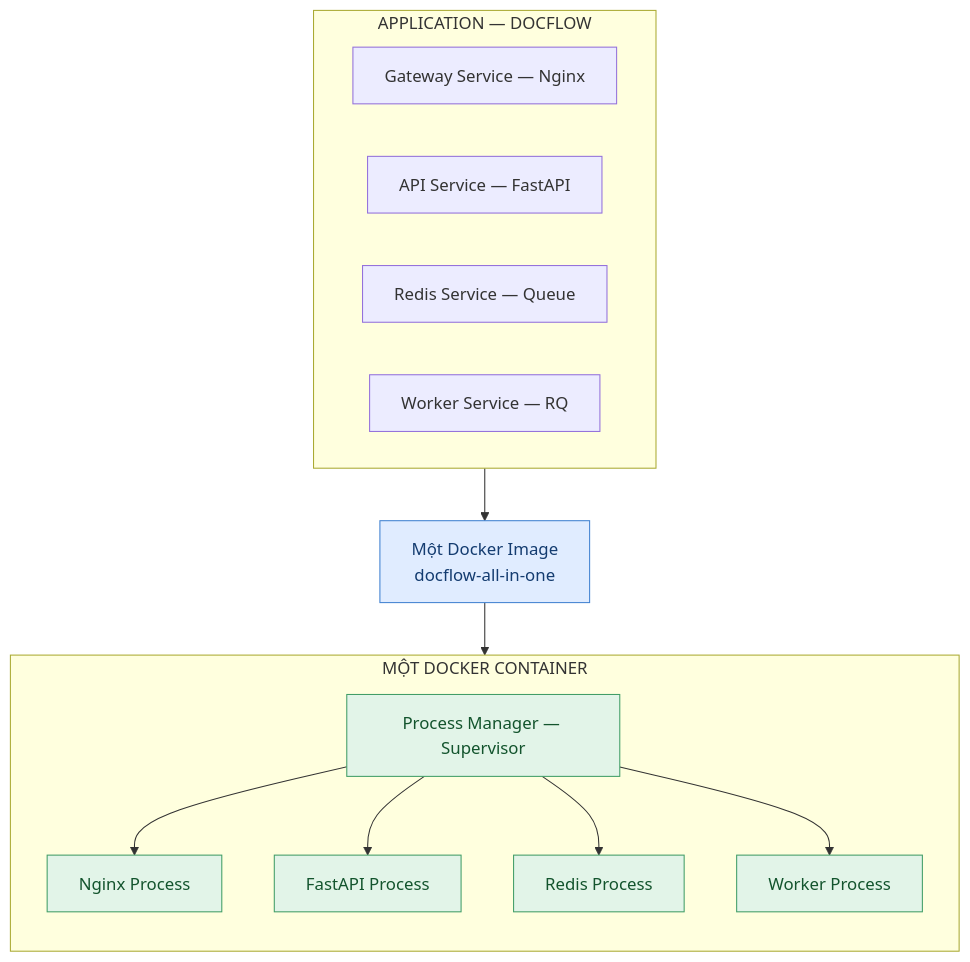
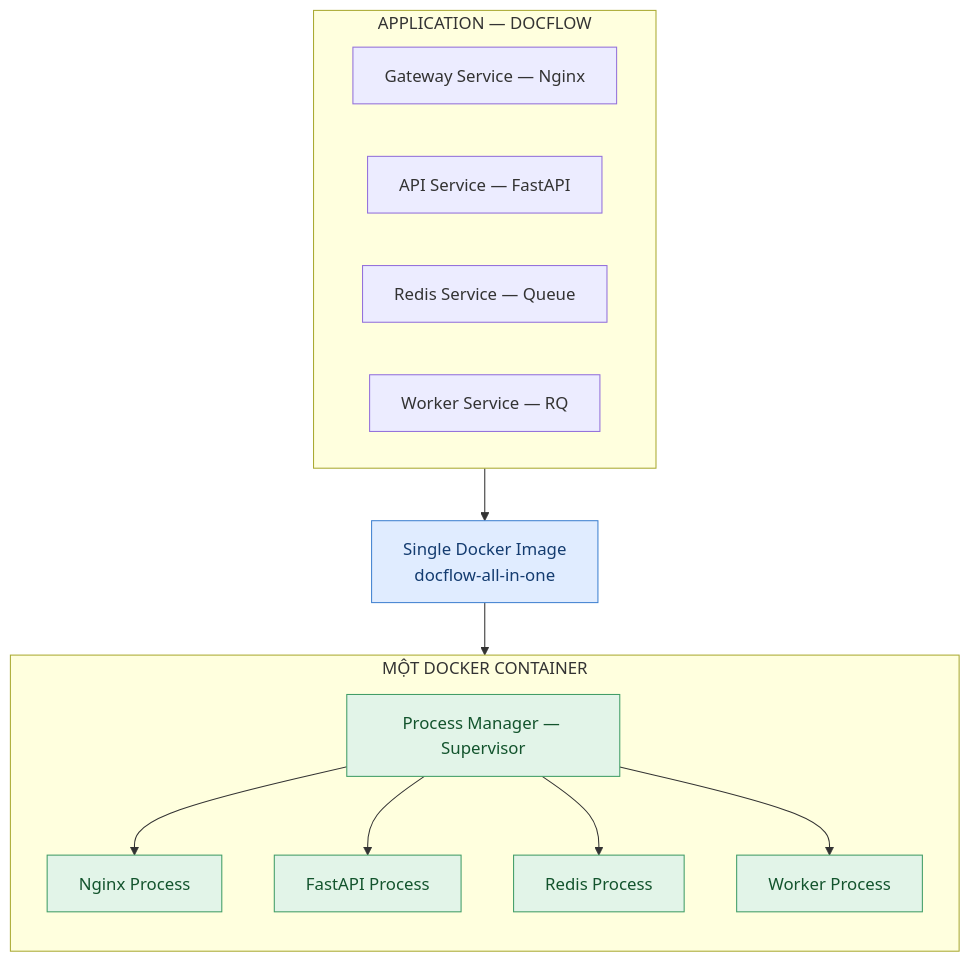
Before and after one commit to TranKiet146/docflow_SOA_Seminar: the second of 2 diagrams in README.md, drawn with Mermaid.

Commit message:
flowchart single container update README

````diff
--- a/README.md
+++ b/README.md
@@ -413,30 +413,30 @@
 ```mermaid
 flowchart TB
     subgraph S["APPLICATION — DOCFLOW"]
         A["Gateway Service — Nginx"]
         B["API Service — FastAPI"]
         C["Redis Service — Queue"]
         D["Worker Service — RQ"]
     end
 
-    S --> I["Một Docker Image<br/>docflow-all-in-one"]
+    S --> I["Single Docker Image<br/>docflow-all-in-one"]
     I --> K
 
     subgraph K["MỘT DOCKER CONTAINER"]
         direction TB
         P["Process Manager — Supervisor"]
         N["Nginx Process"]
         F["FastAPI Process"]
         R["Redis Process"]
         W["Worker Process"]
         P --> N
         P --> F
         P --> R
         P --> W
     end
 
     classDef image fill:#e0ecff,stroke:#4182d1,color:#143c70
     classDef container fill:#e2f4e8,stroke:#419d67,color:#13542d
     class I image
     class P,N,F,R,W container
 ```
````
